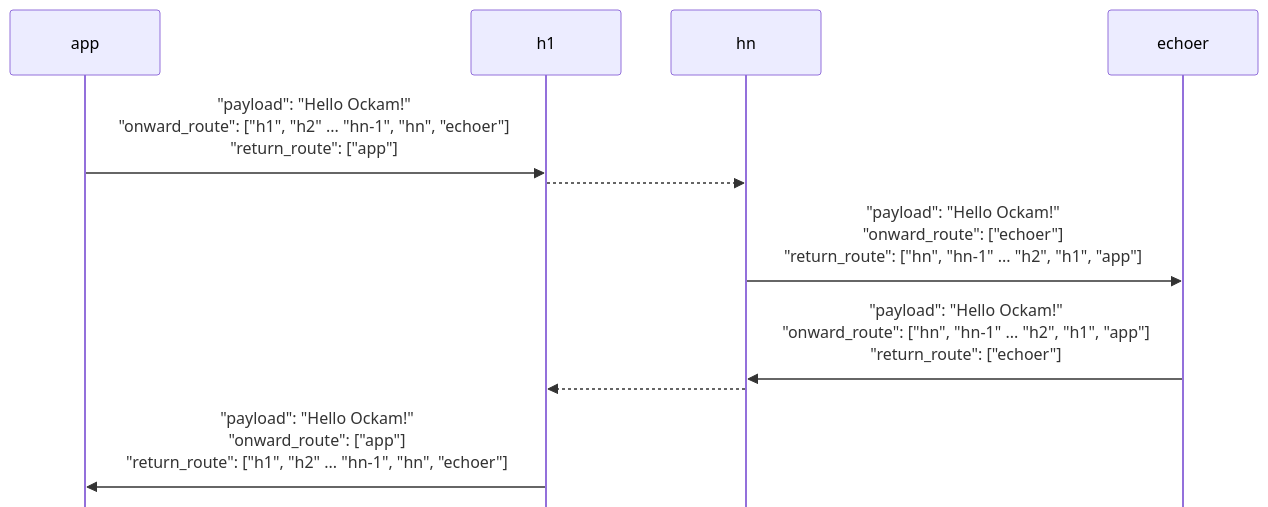
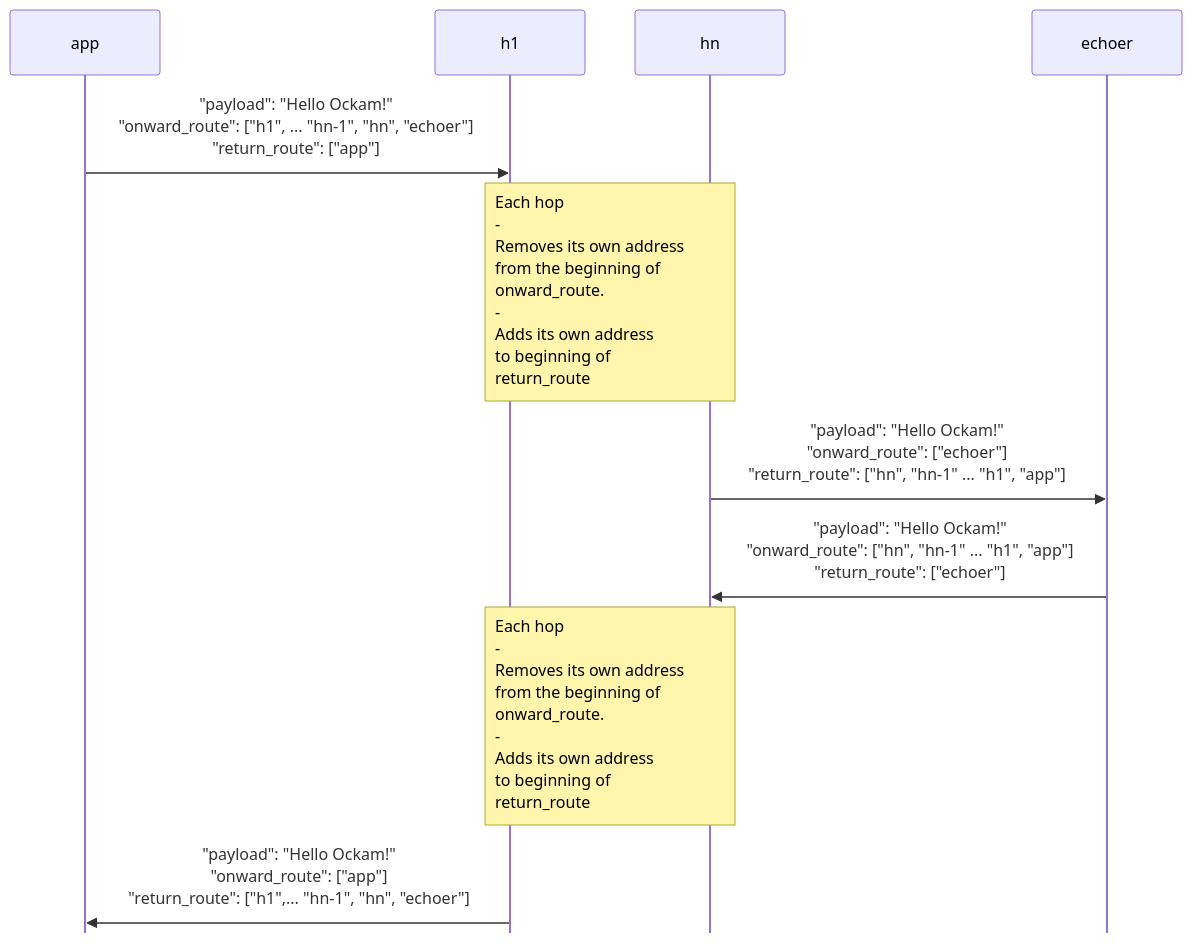
The third of 3 diagrams in libraries/rust/routing.md (build-trust/ockam-documentation), drawn with Mermaid before and after one commit.

Commit message:
GitBook: [#467] No subject

````diff
--- a/libraries/rust/routing.md
+++ b/libraries/rust/routing.md
@@ -56,10 +56,13 @@
 ```mermaid
-%%{init: { "fontFamily": "monospace", "sequence": {"mirrorActors": false} }}%%
+%%{init: { "fontFamily": "monospace", "sequence": {"mirrorActors": false, "noteAlign": "left"} }}%%
 sequenceDiagram
-    app    ->> h1:     "payload": "Hello Ockam!"<br>"onward_route": ["h1", "h2" ... "hn-1", "hn", "echoer"]<br>"return_route": ["app"]
-    h1    -->> hn: 
-    hn     ->> echoer: "payload": "Hello Ockam!"<br>"onward_route": ["echoer"]<br>"return_route": ["hn", "hn-1" ... "h2", "h1", "app"]
-    echoer ->> hn:     "payload": "Hello Ockam!"<br>"onward_route": ["hn", "hn-1" ... "h2", "h1", "app"]<br>"return_route": ["echoer"]
-    hn    -->> h1: 
-    h1     ->> app:    "payload": "Hello Ockam!"<br>"onward_route": ["app"]<br>"return_route": ["h1", "h2" ... "hn-1", "hn", "echoer"]
+    app    ->> h1:     "payload": "Hello Ockam!"<br>"onward_route": ["h1", ... "hn-1", "hn", "echoer"]<br>"return_route": ["app"]
+    Note over h1,hn:   Each hop<br/>-<br/>Removes its own address <br>from the beginning of<br>onward_route.<br>-<br>Adds its own address<br>to beginning of<br>return_route
+
+
+    hn     ->> echoer: "payload": "Hello Ockam!"<br>"onward_route": ["echoer"]<br>"return_route": ["hn", "hn-1" ... "h1", "app"]
+    echoer ->> hn:     "payload": "Hello Ockam!"<br>"onward_route": ["hn", "hn-1" ... "h1", "app"]<br>"return_route": ["echoer"]
+
+    Note over h1,hn:   Each hop<br/>-<br/>Removes its own address <br>from the beginning of<br>onward_route.<br>-<br>Adds its own address<br>to beginning of<br>return_route
+    h1     ->> app:    "payload": "Hello Ockam!"<br>"onward_route": ["app"]<br>"return_route": ["h1",... "hn-1", "hn", "echoer"]
 ```
````
